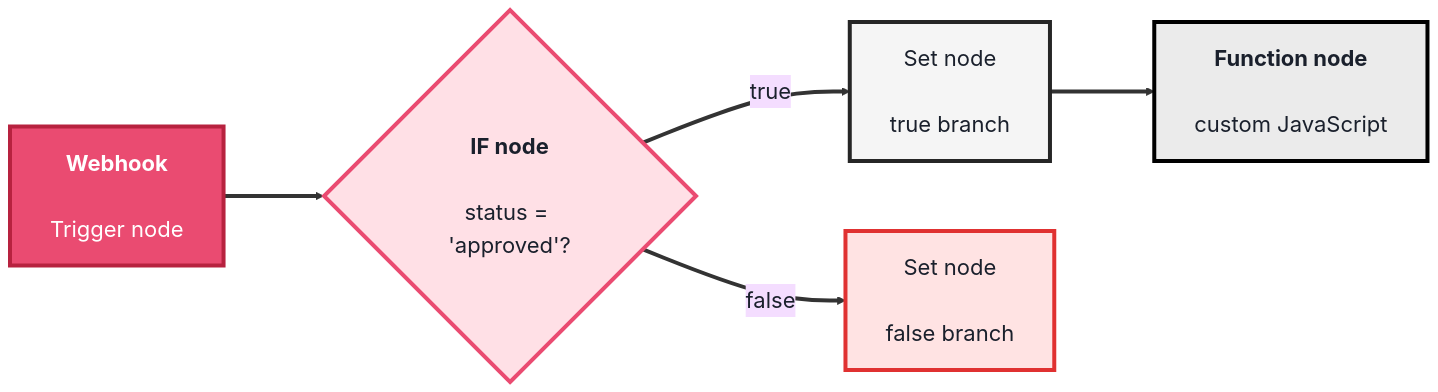
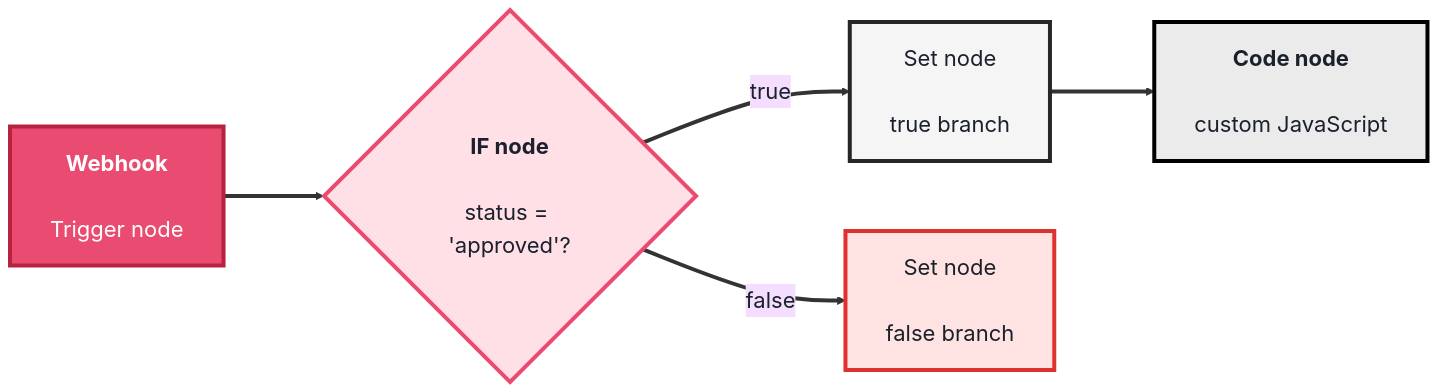
One commit to SHEMODELTECH/shemodeltech changed the fifth of 5 diagrams in src/Pages/courses/TechArchs/automation-beginner-course.md. Above: the diagram before and after it, drawn with Mermaid. The commit also changed other lines of this file and 53 other files, not shown here.

````diff
--- a/src/Pages/courses/TechArchs/automation-beginner-course.md
+++ b/src/Pages/courses/TechArchs/automation-beginner-course.md
@@ -322,20 +339,20 @@
 ```mermaid
 %%{init: {'theme':'base', 'themeVariables': {'fontSize':'22px', 'primaryTextColor':'#1a202c', 'primaryBorderColor':'#b7223f', 'lineColor':'#333333'}, 'flowchart': {'nodeSpacing': 70, 'rankSpacing': 100, 'padding': 20}}}%%
 flowchart LR
     W["<b>Webhook</b><br/><br/>Trigger node"]
     IF{"<b>IF node</b><br/><br/>status = 'approved'?"}
     S1["Set node<br/><br/>true branch"]
     S2["Set node<br/><br/>false branch"]
-    F["<b>Function node</b><br/><br/>custom JavaScript"]
+    F["<b>Code node</b><br/><br/>custom JavaScript"]
 
     W ==> IF
     IF ==>|true| S1 ==> F
     IF ==>|false| S2
 
     style W fill:#ea4b71,color:#fff,stroke:#b7223f,stroke-width:4px
     style IF fill:#ffe0e6,color:#1a202c,stroke:#ea4b71,stroke-width:4px
     style S1 fill:#F5F5F5,color:#1a202c,stroke:#262626,stroke-width:4px
     style S2 fill:#ffe3e3,color:#1a202c,stroke:#e03131,stroke-width:4px
     style F fill:#EBEBEB,color:#1a202c,stroke:#000000,stroke-width:4px
     linkStyle default stroke-width:4px,stroke:#333333
 ```
````
